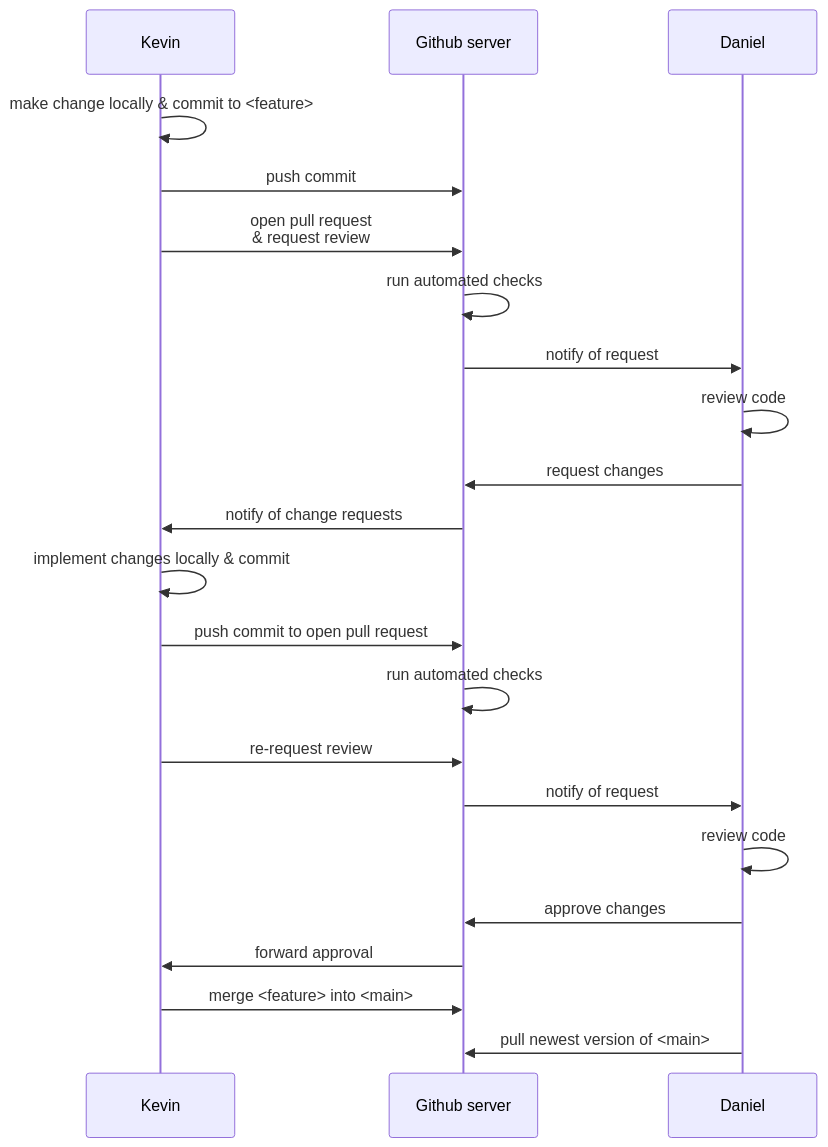
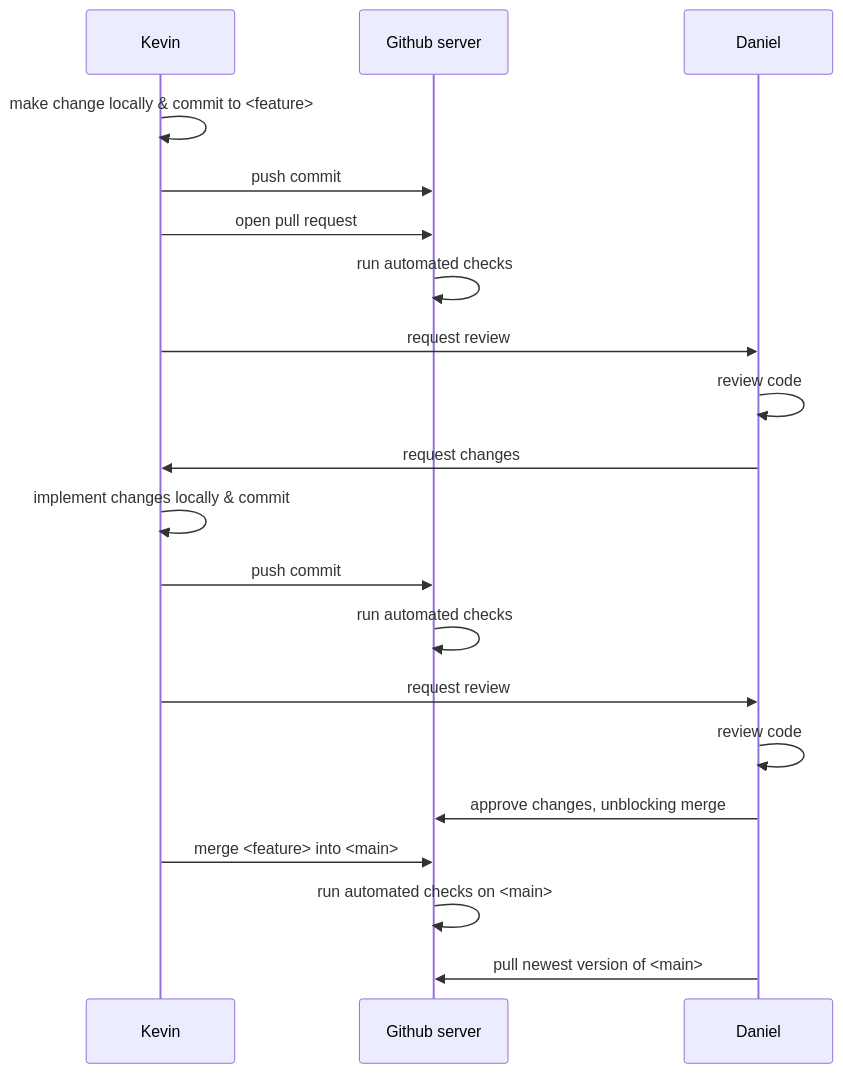
The third of 3 diagrams in slides/05_collaboration.qmd (kkmann/workshop-r-swe), drawn with Mermaid before and after one commit. The commit also changed other lines of this file, not shown here.

````diff
--- a/slides/05_collaboration.qmd
+++ b/slides/05_collaboration.qmd
@@ -100,24 +103,22 @@
 ```{mermaid}
 sequenceDiagram
     participant K as Kevin
     participant GH as Github server
     participant D as Daniel
     K->>K: make change locally & commit to <feature>
     K->>GH: push commit
-    K->>GH: open pull request <br> & request review
+    K->>GH: open pull request
     GH->>GH: run automated checks
-    GH->>D: notify of request
+    K->>D: request review
     D->>D: review code
-    D->>GH: request changes
-    GH->>K: notify of change requests
+    D->>K: request changes
     K->>K: implement changes locally & commit
-    K->>GH: push commit to open pull request
+    K->>GH: push commit
     GH->>GH: run automated checks
-    K->>GH: re-request review
-    GH->>D: notify of request
+    K->>D: request review
     D->>D: review code
-    D->>GH: approve changes
-    GH->>K: forward approval
+    D->>GH: approve changes, unblocking merge
     K->>GH: merge <feature> into <main>
+    GH->>GH: run automated checks on <main>
     D->>GH: pull newest version of <main>
 ```
````
